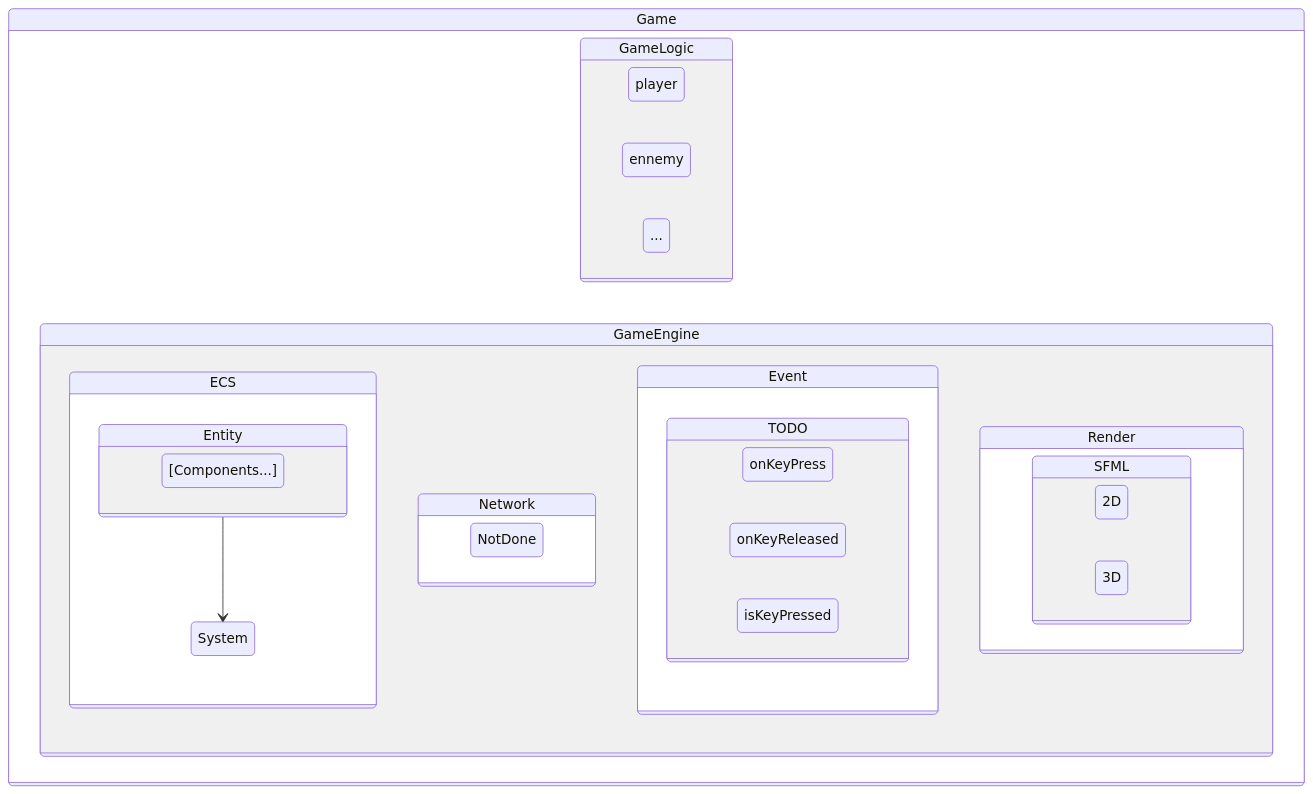
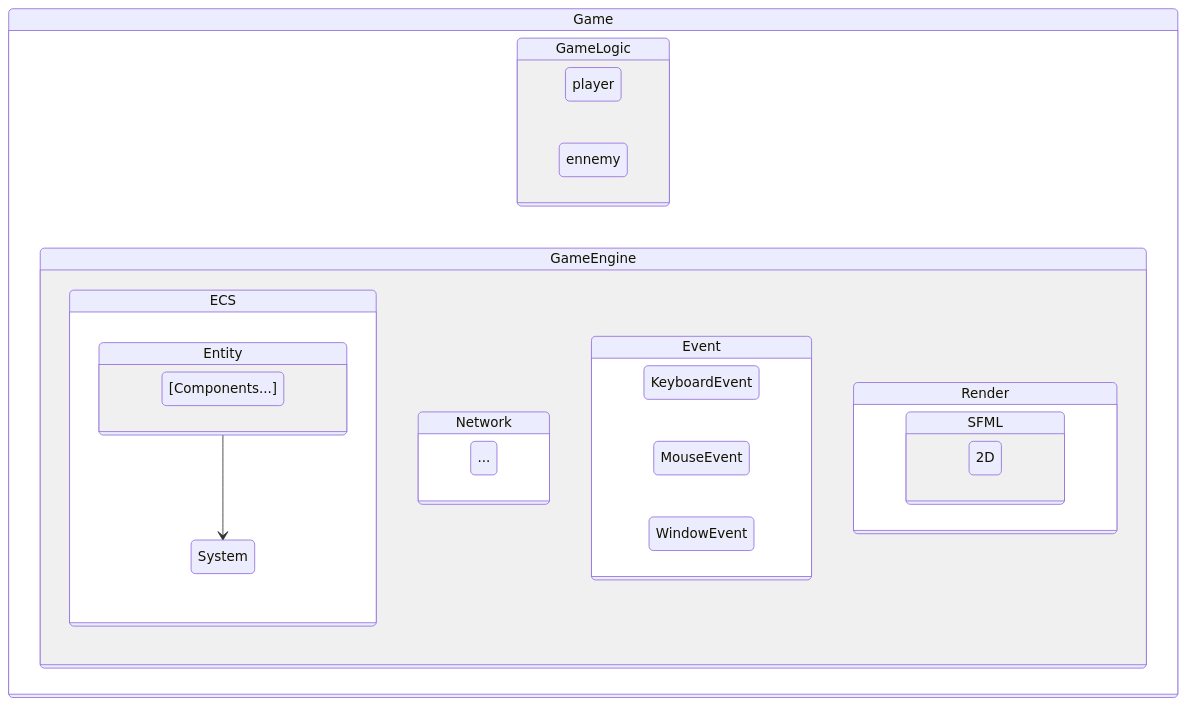
The diagram in docs/GameEngine/gameEngine.md (lennydelgado/AREA-Doc), drawn with Mermaid before and after one commit.

Commit message:
Automated push: 2023-10-20 11:12:26 modification to doc website

````diff
--- a/docs/GameEngine/gameEngine.md
+++ b/docs/GameEngine/gameEngine.md
@@ -17,41 +17,38 @@
 ``` mermaid
 stateDiagram-v2
     state Game {
         direction LR
         state GameLogic {
             direction LR
             player
             ennemy
             ...
         }
         state GameEngine {
             state ECS {
                 state Entity {
                     direction LR
                     [Components...]
                 }
                 Entity --> System
             }
             state Network {
                 direction LR
-                NotDone
+                ...
             }
             state Event {
-                state TODO {
-                    direction LR
-                    onKeyPress
-                    onKeyReleased
-                    isKeyPressed
-                }
+                direction LR
+                KeyboardEvent
+                MouseEvent
+                WindowEvent
             }
             state Render {
                 direction LR
                 state SFML {
                     direction LR
                     2D
-                    3D
                 }
             }
         }
     }
 ```
````
